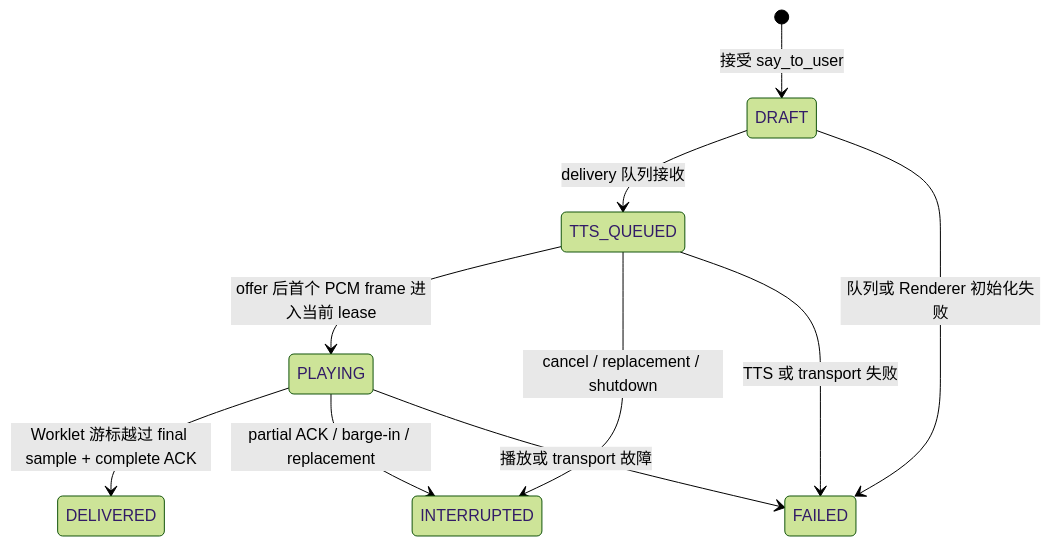
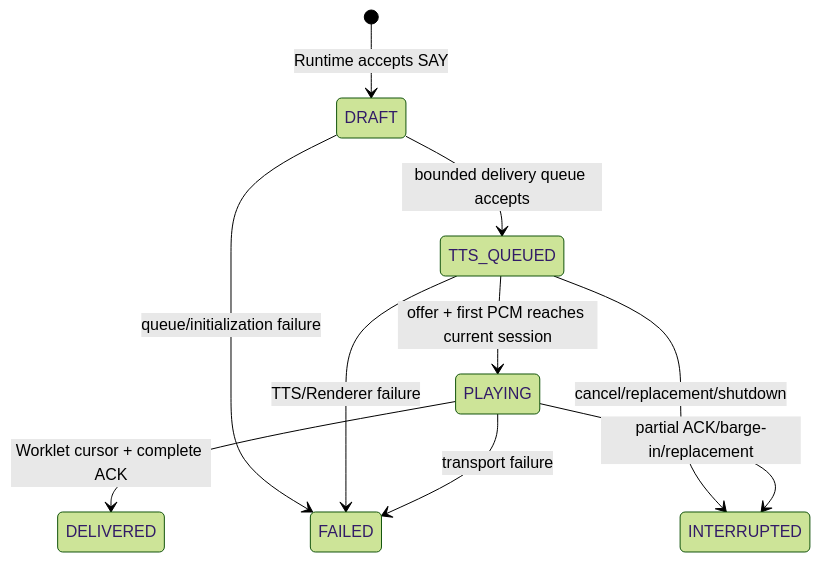
The fifth of 5 diagrams in docs/modules/main-agent.md (Xuan-0929/AuraBot), drawn with Mermaid (forest theme) before and after one commit. The commit also changed other lines of this file and 52 other files, not shown here.

````diff
--- a/docs/modules/main-agent.md
+++ b/docs/modules/main-agent.md
@@ -709,12 +246,12 @@
-```mermaid
+~~~mermaid
 stateDiagram-v2
-  [*] --> DRAFT: 接受 say_to_user
-  DRAFT --> TTS_QUEUED: delivery 队列接收
-  DRAFT --> FAILED: 队列或 Renderer 初始化失败
-  TTS_QUEUED --> PLAYING: offer 后首个 PCM frame 进入当前 lease
-  TTS_QUEUED --> INTERRUPTED: cancel / replacement / shutdown
-  TTS_QUEUED --> FAILED: TTS 或 transport 失败
-  PLAYING --> DELIVERED: Worklet 游标越过 final sample + complete ACK
-  PLAYING --> INTERRUPTED: partial ACK / barge-in / replacement
-  PLAYING --> FAILED: 播放或 transport 故障
-```
+  [*] --> DRAFT: Runtime accepts SAY
+  DRAFT --> TTS_QUEUED: bounded delivery queue accepts
+  TTS_QUEUED --> PLAYING: offer + first PCM reaches current session
+  PLAYING --> DELIVERED: Worklet cursor + complete ACK
+  DRAFT --> FAILED: queue/initialization failure
+  TTS_QUEUED --> FAILED: TTS/Renderer failure
+  TTS_QUEUED --> INTERRUPTED: cancel/replacement/shutdown
+  PLAYING --> FAILED: transport failure
+  PLAYING --> INTERRUPTED: partial ACK/barge-in/replacement
+~~~
````
